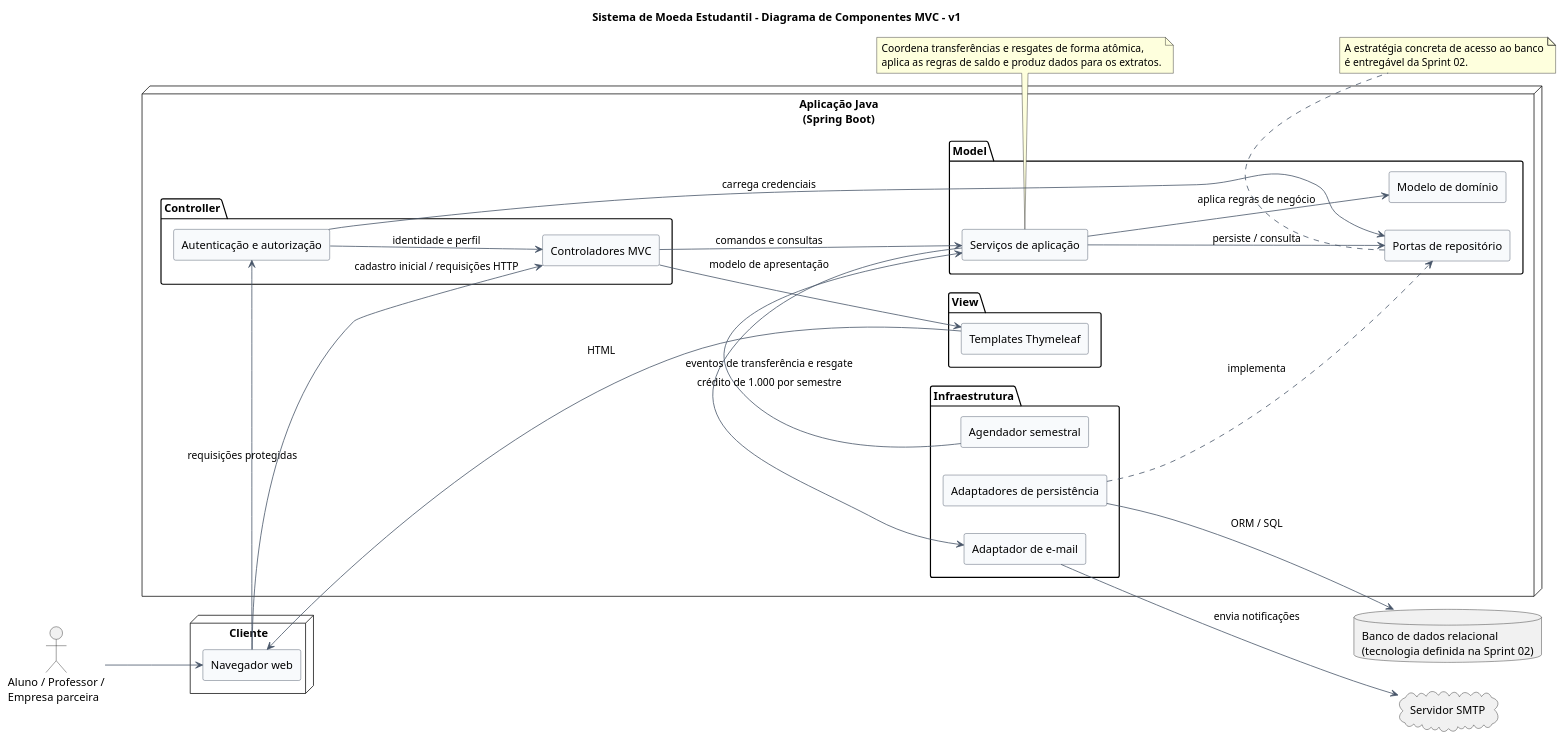
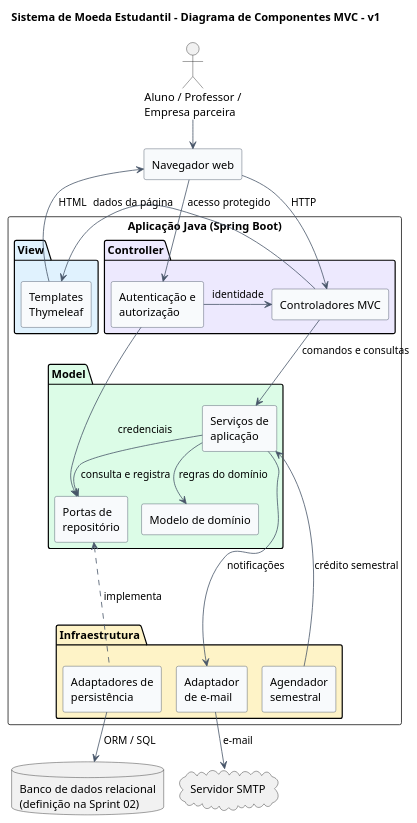
Before and after one commit to mariaclaranerii/sistema-moeda-estudantil: the diagram in docs/sprint-01/diagramas/v1/componentes.puml, drawn with PlantUML. The commit also changed 10 other files, not shown here.

Commit message:
docs(sprint-01): revisar diagramas UML

```diff
--- a/docs/sprint-01/diagramas/v1/componentes.puml
+++ b/docs/sprint-01/diagramas/v1/componentes.puml
@@ -1,71 +1,72 @@
 @startuml
+!pragma layout smetana
 title Sistema de Moeda Estudantil - Diagrama de Componentes MVC - v1
-left to right direction
+top to bottom direction
 skinparam shadowing false
 skinparam componentStyle rectangle
+skinparam nodesep 55
+skinparam ranksep 55
 skinparam component {
   BackgroundColor #F8FAFC
   BorderColor #334155
   ArrowColor #475569
 }
 
 actor "Aluno / Professor /\nEmpresa parceira" as Usuario
+component "Navegador web" as Browser
 
-node "Cliente" {
-  [Navegador web] as Browser
+rectangle "Aplicação Java (Spring Boot)" {
+  package "View" #E0F2FE {
+    component "Templates\nThymeleaf" as ViewTemplates
+  }
+
+  package "Controller" #EDE9FE {
+    component "Autenticação e\nautorização" as AuthModule
+    component "Controladores MVC" as MvcControllers
+  }
+
+  package "Model" #DCFCE7 {
+    component "Serviços de\naplicação" as AppService
+    component "Modelo de domínio" as DomainModel
+    component "Portas de\nrepositório" as RepoPorts
+  }
+
+  package "Infraestrutura" #FEF3C7 {
+    component "Agendador\nsemestral" as Scheduler
+    component "Adaptadores de\npersistência" as Persistence
+    component "Adaptador\nde e-mail" as MailAdapter
+  }
+
+  ViewTemplates -[hidden]right- AuthModule
+  AuthModule -[hidden]right- MvcControllers
+  MvcControllers -[hidden]down- AppService
+  AppService -[hidden]right- DomainModel
+  DomainModel -[hidden]right- RepoPorts
+  AppService -[hidden]down- Scheduler
+  Scheduler -[hidden]right- Persistence
+  Persistence -[hidden]right- MailAdapter
 }
 
-node "Aplicação Java\n(Spring Boot)" {
-  package "View" {
-    [Templates Thymeleaf] as ViewTemplates
-  }
-
-  package "Controller" {
-    [Controladores MVC] as MvcControllers
-    [Autenticação e autorização] as AuthModule
-  }
-
-  package "Model" {
-    [Serviços de aplicação] as AppService
-    [Modelo de domínio] as DomainModel
-    [Portas de repositório] as RepoPorts
-  }
-
-  package "Infraestrutura" {
-    [Adaptadores de persistência] as Persistence
-    [Adaptador de e-mail] as MailAdapter
-    [Agendador semestral] as Scheduler
-  }
-}
-
-database "Banco de dados relacional\n(tecnologia definida na Sprint 02)" as Database
+database "Banco de dados relacional\n(definição na Sprint 02)" as Database
 cloud "Servidor SMTP" as SMTP
 
-Usuario --> Browser
-Browser --> AuthModule : requisições protegidas
-Browser --> MvcControllers : cadastro inicial / requisições HTTP
-AuthModule --> MvcControllers : identidade e perfil
-MvcControllers --> AppService : comandos e consultas
-MvcControllers --> ViewTemplates : modelo de apresentação
-ViewTemplates --> Browser : HTML
+Usuario -down-> Browser
+Browser -down-> AuthModule : acesso protegido
+Browser -down-> MvcControllers : HTTP
+AuthModule -right-> MvcControllers : identidade
+MvcControllers -left-> ViewTemplates : dados da página
+ViewTemplates -up-> Browser : HTML
+MvcControllers -down-> AppService : comandos e consultas
 
-AppService --> DomainModel : aplica regras de negócio
-AppService --> RepoPorts : persiste / consulta
-AuthModule --> RepoPorts : carrega credenciais
-Persistence ..> RepoPorts : implementa
-Persistence --> Database : ORM / SQL
+AppService -down-> DomainModel : regras do domínio
+AppService -right-> RepoPorts : consulta e registra
+AuthModule -down-> RepoPorts : credenciais
 
-Scheduler --> AppService : crédito de 1.000 por semestre
-AppService --> MailAdapter : eventos de transferência e resgate
-MailAdapter --> SMTP : envia notificações
+Scheduler -up-> AppService : crédito semestral
+Persistence -up..> RepoPorts : implementa
+AppService -down-> MailAdapter : notificações
 
-note bottom of AppService
-  Coordena transferências e resgates de forma atômica,
-  aplica as regras de saldo e produz dados para os extratos.
-end note
-
-note bottom of RepoPorts
-  A estratégia concreta de acesso ao banco
-  é entregável da Sprint 02.
-end note
+Persistence -down-> Database : ORM / SQL
+MailAdapter -down-> SMTP : e-mail
+Database -[hidden]right- SMTP
 @enduml
```
